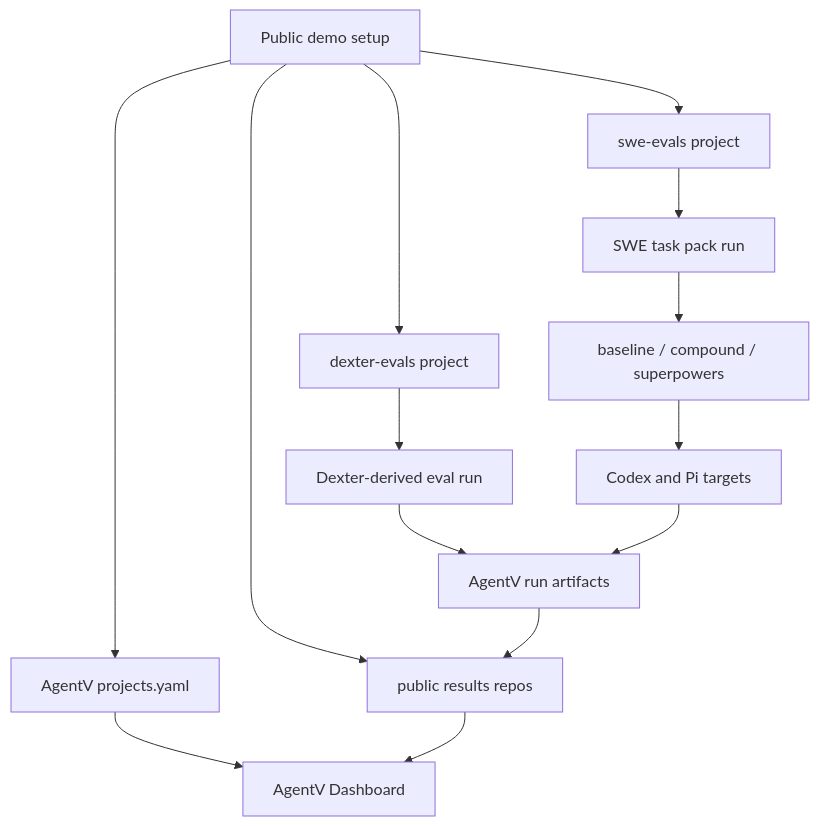
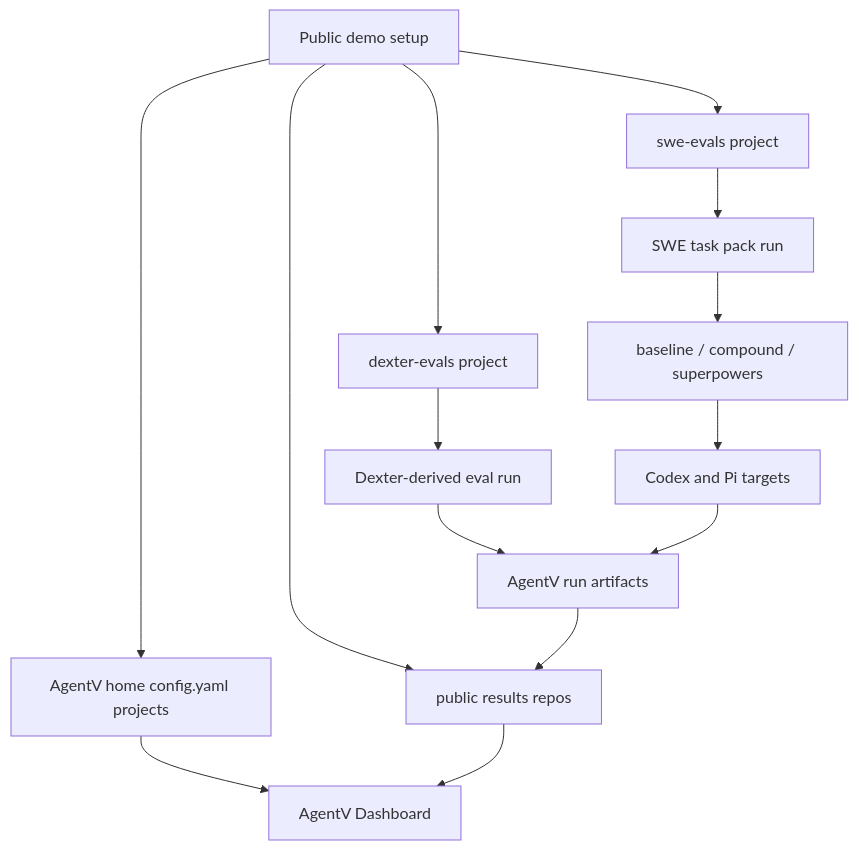
The diagram in docs/plans/public-agentv-demo-projects.md (EntityProcess/agentv), drawn with Mermaid before and after one commit. The commit also changed other lines of this file and 14 other files, not shown here.

Commit message:
fix(config): complete layered home config migration

````diff
--- a/docs/plans/public-agentv-demo-projects.md
+++ b/docs/plans/public-agentv-demo-projects.md
@@ -105,16 +105,16 @@
 ```mermaid
 flowchart TB
-  setup[Public demo setup] --> registry[AgentV projects.yaml]
+  setup[Public demo setup] --> registry[AgentV home config.yaml projects]
   registry --> dash[AgentV Dashboard]
   setup --> dexter[dexter-evals project]
   setup --> swe[swe-evals project]
   setup --> resultRepos[public results repos]
   dexter --> dexRun[Dexter-derived eval run]
   swe --> sweRun[SWE task pack run]
   sweRun --> variants[baseline / compound / superpowers]
   variants --> providers[Codex and Pi targets]
   dexRun --> results[AgentV run artifacts]
   providers --> results
   results --> resultRepos
   resultRepos --> dash
 ```
````
